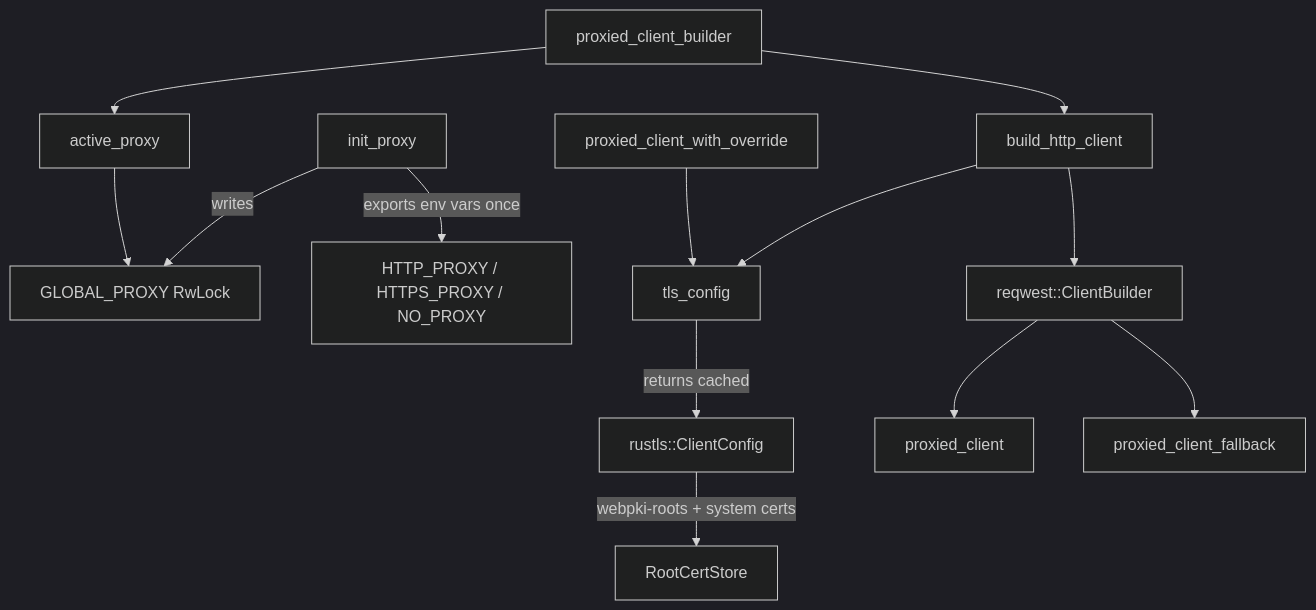
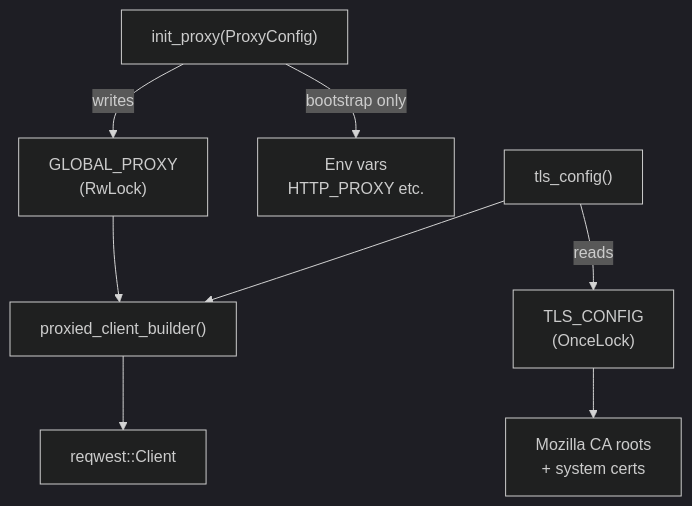
The diagram in kernel-core-librefang-http-src.md (leszek3737/librefang-WIki), drawn with Mermaid (dark theme) before and after one commit. The commit also changed other lines of this file and 70 other files, not shown here.

````diff
--- a/kernel-core-librefang-http-src.md
+++ b/kernel-core-librefang-http-src.md
@@ -11,15 +15,10 @@
 ```mermaid
 graph TD
-    A[init_proxy] -->|writes| B[GLOBAL_PROXY RwLock]
-    A -->|exports env vars once| C[HTTP_PROXY / HTTPS_PROXY / NO_PROXY]
-    D[tls_config] -->|returns cached| E[rustls::ClientConfig]
-    E -->|webpki-roots + system certs| F[RootCertStore]
-    G[proxied_client_builder] --> H[active_proxy]
-    H --> B
-    G --> I[build_http_client]
-    I --> D
-    I --> J[reqwest::ClientBuilder]
-    J --> K[proxied_client]
-    J --> L[proxied_client_fallback]
-    M[proxied_client_with_override] --> D
+    A["init_proxy(ProxyConfig)"] -->|writes| G["GLOBAL_PROXY<br/>(RwLock)"]
+    A -->|bootstrap only| E["Env vars<br/>HTTP_PROXY etc."]
+    B["tls_config()"] -->|reads| T["TLS_CONFIG<br/>(OnceLock)"]
+    T --> C["Mozilla CA roots<br/>+ system certs"]
+    G --> D["proxied_client_builder()"]
+    B --> D
+    D --> F["reqwest::Client"]
 ```
````
